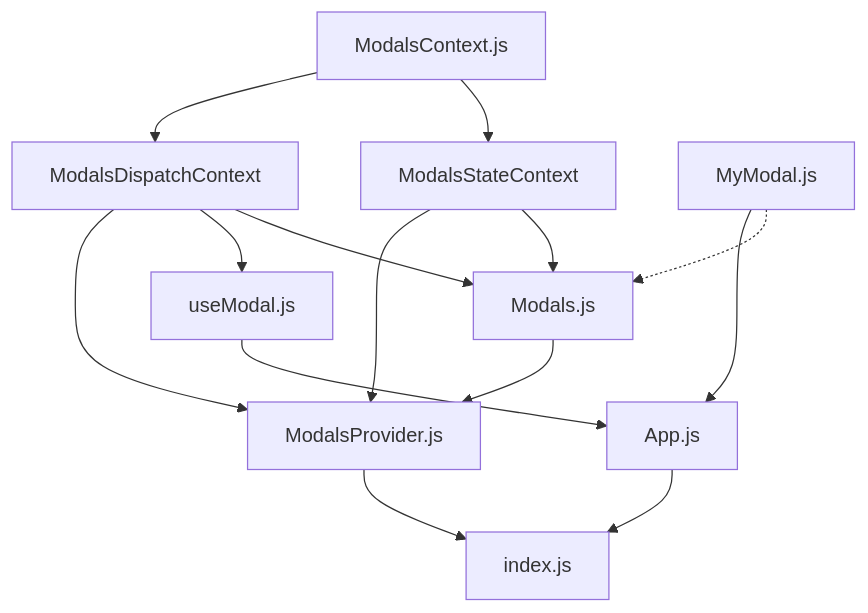
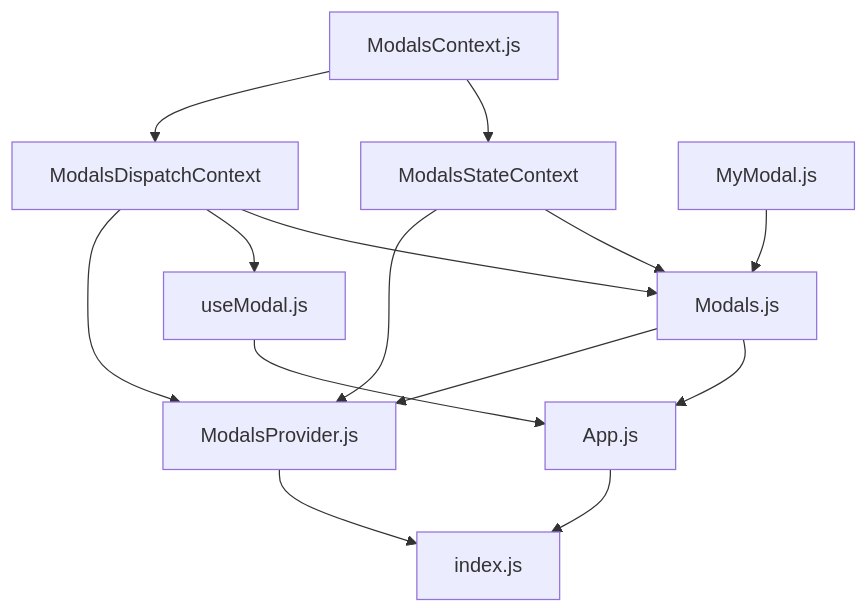
One commit to zz5414/react-multiple-modals changed the diagram in disagram.md. Above: the diagram before and after it, drawn with Mermaid. The commit also changed 5 other files, not shown here.

````diff
--- a/disagram.md
+++ b/disagram.md
@@ -1,28 +1,30 @@
 ```mermaid
 graph TD;
     ModalsContext.js --> ModalsDispatchContext
     ModalsContext.js --> ModalsStateContext
 
 
     ModalsProvider.js --> index.js;
     App.js --> index.js
 
     ModalsDispatchContext --> ModalsProvider.js
     ModalsStateContext --> ModalsProvider.js
     Modals.js --> ModalsProvider.js
 
     ModalsStateContext --> Modals.js
 
-    MyModal.js --> App.js
+    %% MyModal.js --> App.js
     useModal.js --> App.js
+    Modals.js --> App.js
 
     ModalsDispatchContext --> useModal.js
 
     %% Modals.js에서 state에 저장된 component를 렌더링
-    MyModal.js -.-> Modals.js
+    %% MyModal.js -.-> Modals.js
+    MyModal.js --> Modals.js
 
     %% 확인, 취소 버튼의 함수를 전달하기 위해
     ModalsDispatchContext --> Modals.js
 
 
 ```
````
